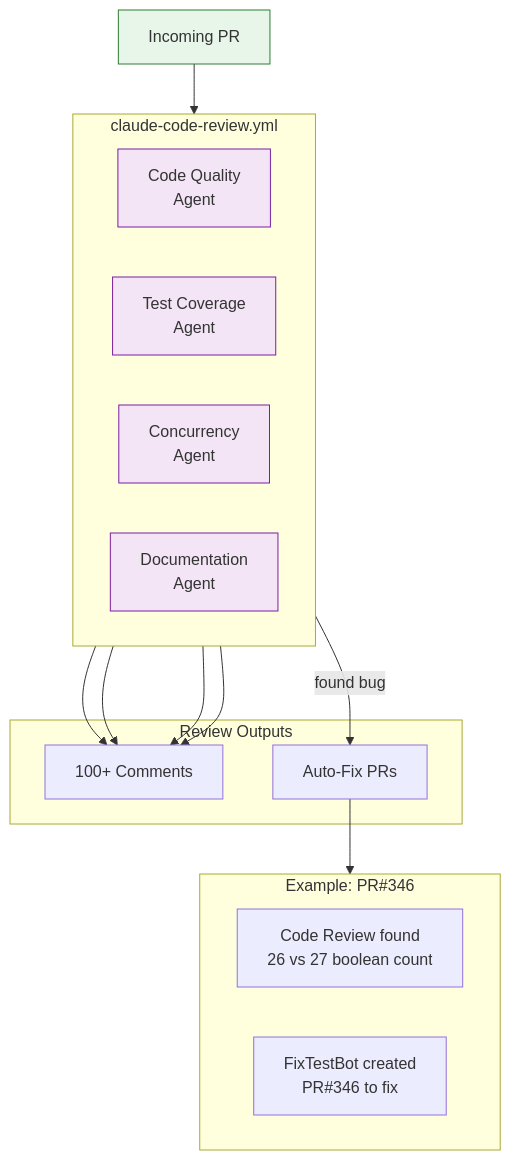
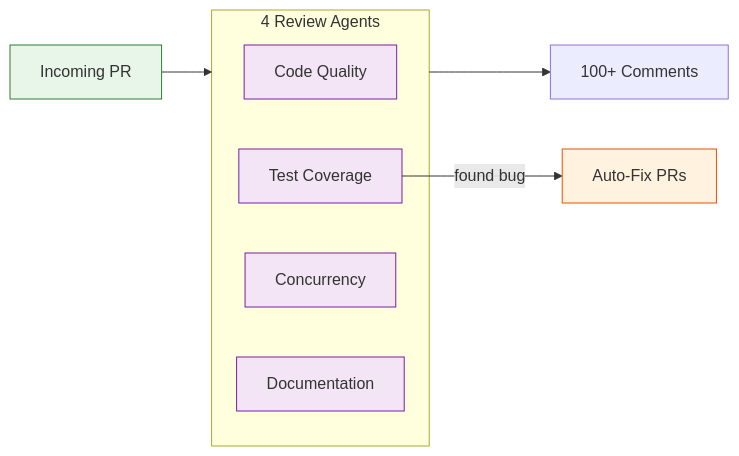
One commit to NickBorgers/home-automation changed the fourth of 6 diagrams in docs/operations/AUTOMATION_INTERACTIONS_2026-01-02.md. Above: the diagram before and after it, drawn with Mermaid. The commit also changed other lines of this file, not shown here.

First line of the commit message:
docs: simplify diagrams for better GitHub rendering

````diff
--- a/docs/operations/AUTOMATION_INTERACTIONS_2026-01-02.md
+++ b/docs/operations/AUTOMATION_INTERACTIONS_2026-01-02.md
@@ -158,37 +142,25 @@
 ```mermaid
-flowchart TB
+flowchart LR
     PR["Incoming PR"]
 
-    subgraph ReviewSystem["claude-code-review.yml"]
-        direction LR
-        CodeReview["Code Quality<br/>Agent"]
-        TestReview["Test Coverage<br/>Agent"]
-        ConcurrencyReview["Concurrency<br/>Agent"]
-        DocsReview["Documentation<br/>Agent"]
+    subgraph Agents["4 Review Agents"]
+        Code["Code Quality"]
+        Test["Test Coverage"]
+        Concurrency["Concurrency"]
+        Docs["Documentation"]
     end
 
-    subgraph Outputs["Review Outputs"]
-        Comments["100+ Comments"]
-        FixPR["Auto-Fix PRs"]
-    end
+    Comments["100+ Comments"]
+    AutoFix["Auto-Fix PRs"]
 
-    PR --> ReviewSystem
-    CodeReview --> Comments
-    TestReview --> Comments
-    ConcurrencyReview --> Comments
-    DocsReview --> Comments
-    TestReview -->|"found bug"| FixPR
-
-    subgraph Example["Example: PR#346"]
-        BugFound["Code Review found<br/>26 vs 27 boolean count"]
-        AutoFix["FixTestBot created<br/>PR#346 to fix"]
-    end
-
-    FixPR --> Example
+    PR --> Agents
+    Agents --> Comments
+    Test -->|"found bug"| AutoFix
 
     style PR fill:#e8f5e9,stroke:#2e7d32
-    style CodeReview fill:#f3e5f5,stroke:#7b1fa2
-    style TestReview fill:#f3e5f5,stroke:#7b1fa2
-    style ConcurrencyReview fill:#f3e5f5,stroke:#7b1fa2
-    style DocsReview fill:#f3e5f5,stroke:#7b1fa2
+    style Code fill:#f3e5f5,stroke:#7b1fa2
+    style Test fill:#f3e5f5,stroke:#7b1fa2
+    style Concurrency fill:#f3e5f5,stroke:#7b1fa2
+    style Docs fill:#f3e5f5,stroke:#7b1fa2
+    style AutoFix fill:#fff3e0,stroke:#e65100
 ```
````
